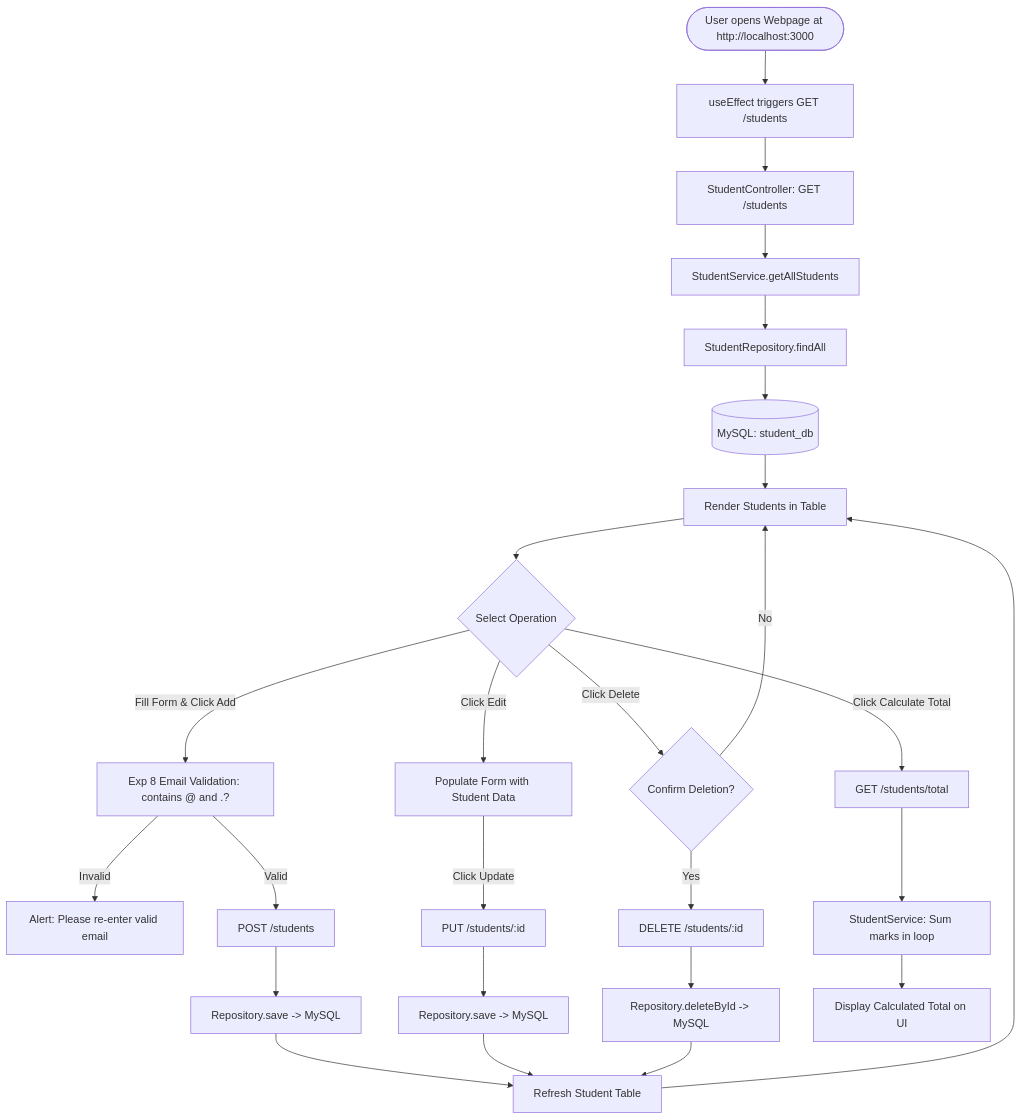
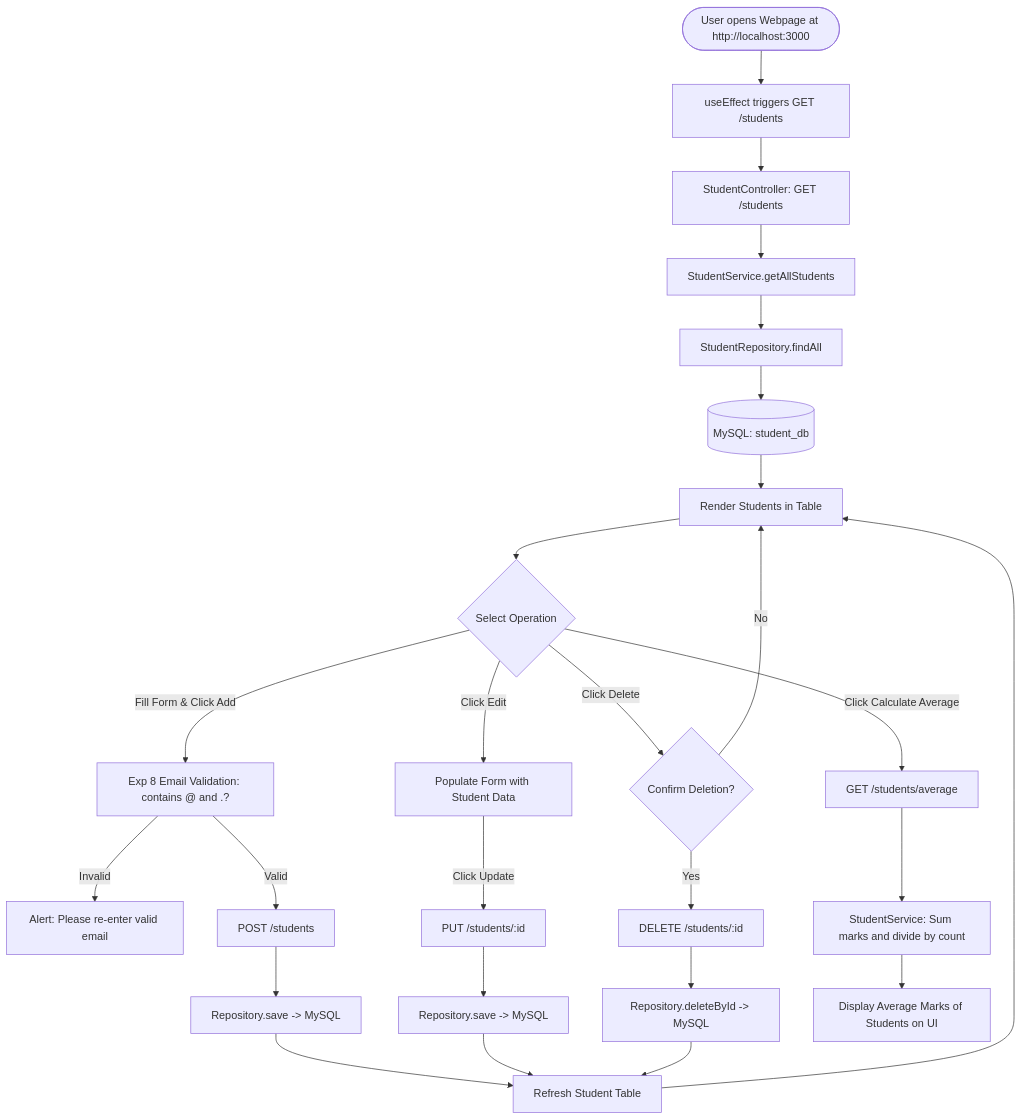
One commit to Abek1278/student_managment changed the first of 2 diagrams in README.md. Above: the diagram before and after it, drawn with Mermaid. The commit also changed other lines of this file, not shown here.

Commit message:
Update README with average marks calculation and clean UI layout

````diff
--- a/README.md
+++ b/README.md
@@ -64,34 +64,34 @@
 ```mermaid
 flowchart TD
     Start([User opens Webpage at http://localhost:3000]) --> Load[useEffect triggers GET /students]
     Load --> SpringController[StudentController: GET /students]
     SpringController --> SpringService[StudentService.getAllStudents]
     SpringService --> SpringRepo[StudentRepository.findAll]
     SpringRepo --> DB[(MySQL: student_db)]
     DB --> Render[Render Students in Table]
 
     Render --> UserChoice{Select Operation}
 
     UserChoice -- "Fill Form & Click Add" --> Validate[Exp 8 Email Validation: contains @ and .?]
     Validate -- "Invalid" --> Alert[Alert: Please re-enter valid email]
     Validate -- "Valid" --> PostReq[POST /students]
     PostReq --> SaveDB[Repository.save -> MySQL]
     SaveDB --> Refresh[Refresh Student Table]
 
     UserChoice -- "Click Edit" --> PopulateForm[Populate Form with Student Data]
     PopulateForm -- "Click Update" --> PutReq[PUT /students/:id]
     PutReq --> UpdateDB[Repository.save -> MySQL]
     UpdateDB --> Refresh
 
     UserChoice -- "Click Delete" --> ConfirmDel{Confirm Deletion?}
     ConfirmDel -- "Yes" --> DeleteReq[DELETE /students/:id]
     DeleteReq --> DeleteDB[Repository.deleteById -> MySQL]
     DeleteDB --> Refresh
     ConfirmDel -- "No" --> Render
 
-    UserChoice -- "Click Calculate Total" --> GetTotal[GET /students/total]
-    GetTotal --> ServiceCalc[StudentService: Sum marks in loop]
-    ServiceCalc --> ShowTotal[Display Calculated Total on UI]
+    UserChoice -- "Click Calculate Average" --> GetAverage[GET /students/average]
+    GetAverage --> ServiceCalc[StudentService: Sum marks and divide by count]
+    ServiceCalc --> ShowAverage[Display Average Marks of Students on UI]
 
     Refresh --> Render
 ```
````
